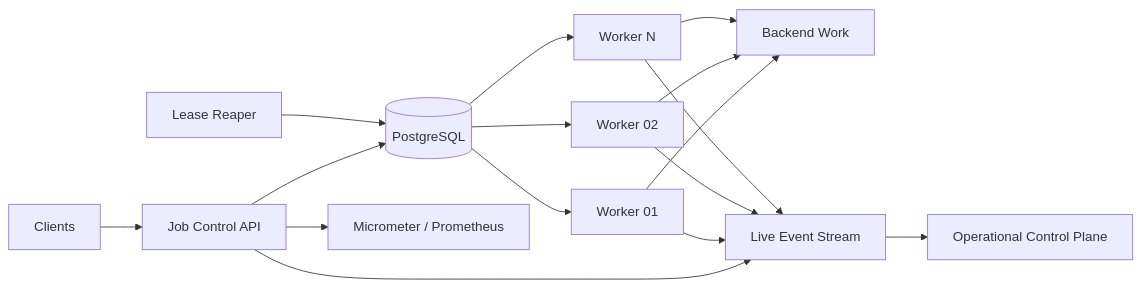
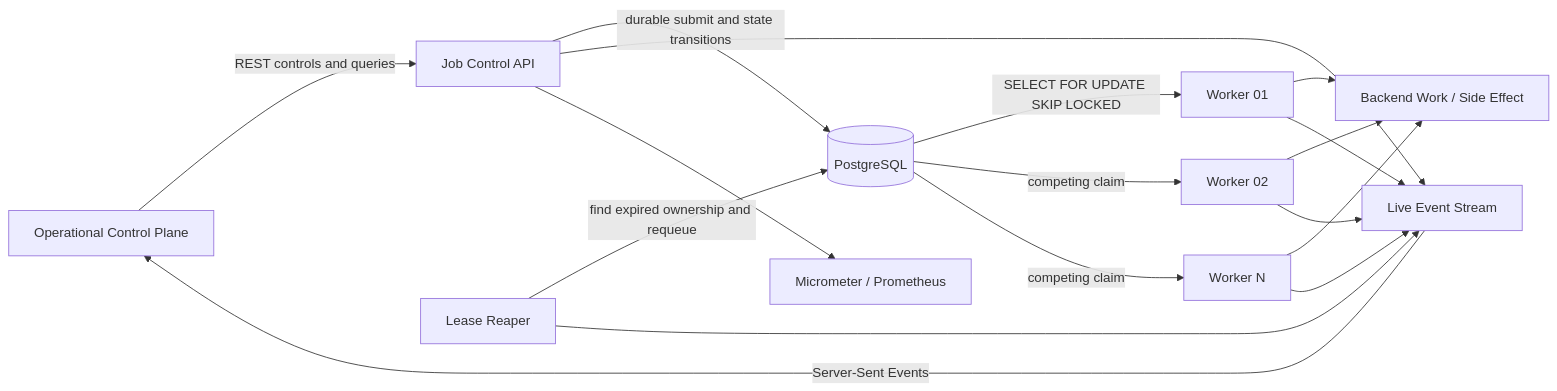
Before and after one commit to iamabhishek841/relay-distributed-job-platform: the first of 2 diagrams in README.md, drawn with Mermaid. The commit also changed other lines of this file, not shown here.

Commit message:
docs: redesign README around live system and deployment topology

````diff
--- a/README.md
+++ b/README.md
@@ -26,18 +42,24 @@
 ```mermaid
 flowchart LR
-    Client[Clients] --> API[Job Control API]
-    API --> DB[(PostgreSQL)]
-    DB --> W1[Worker 01]
-    DB --> W2[Worker 02]
-    DB --> WN[Worker N]
-    W1 --> Work[Backend Work]
+    Browser[Operational Control Plane] -->|REST controls and queries| API[Job Control API]
+    API -->|durable submit and state transitions| DB[(PostgreSQL)]
+
+    DB -->|SELECT FOR UPDATE SKIP LOCKED| W1[Worker 01]
+    DB -->|competing claim| W2[Worker 02]
+    DB -->|competing claim| WN[Worker N]
+
+    W1 --> Work[Backend Work / Side Effect]
     W2 --> Work
     WN --> Work
-    Reaper[Lease Reaper] --> DB
-    API --> SSE[Live Event Stream]
-    W1 --> SSE
-    W2 --> SSE
-    WN --> SSE
-    SSE --> UI[Operational Control Plane]
+
+    Reaper[Lease Reaper] -->|find expired ownership and requeue| DB
+
+    API --> Events[Live Event Stream]
+    W1 --> Events
+    W2 --> Events
+    WN --> Events
+    Reaper --> Events
+    Events -->|Server-Sent Events| Browser
+
     API --> Metrics[Micrometer / Prometheus]
 ```
````
